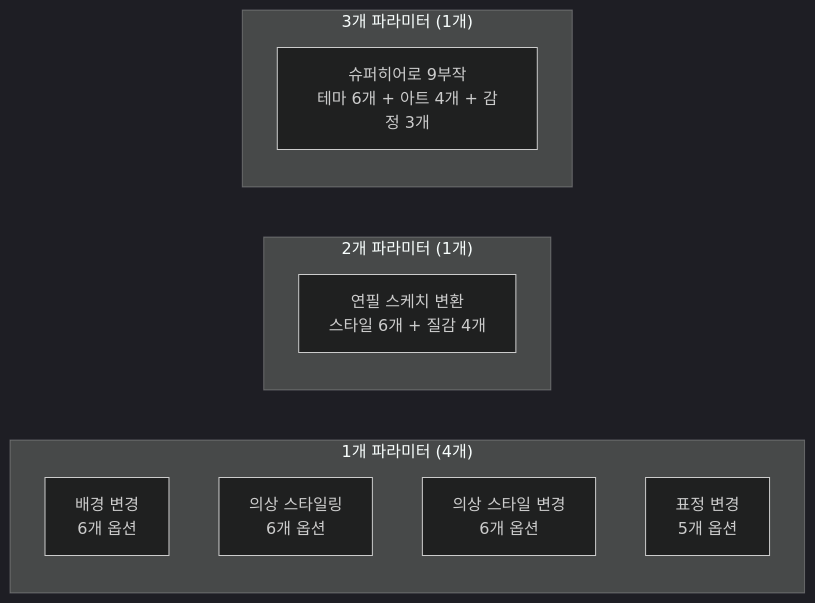
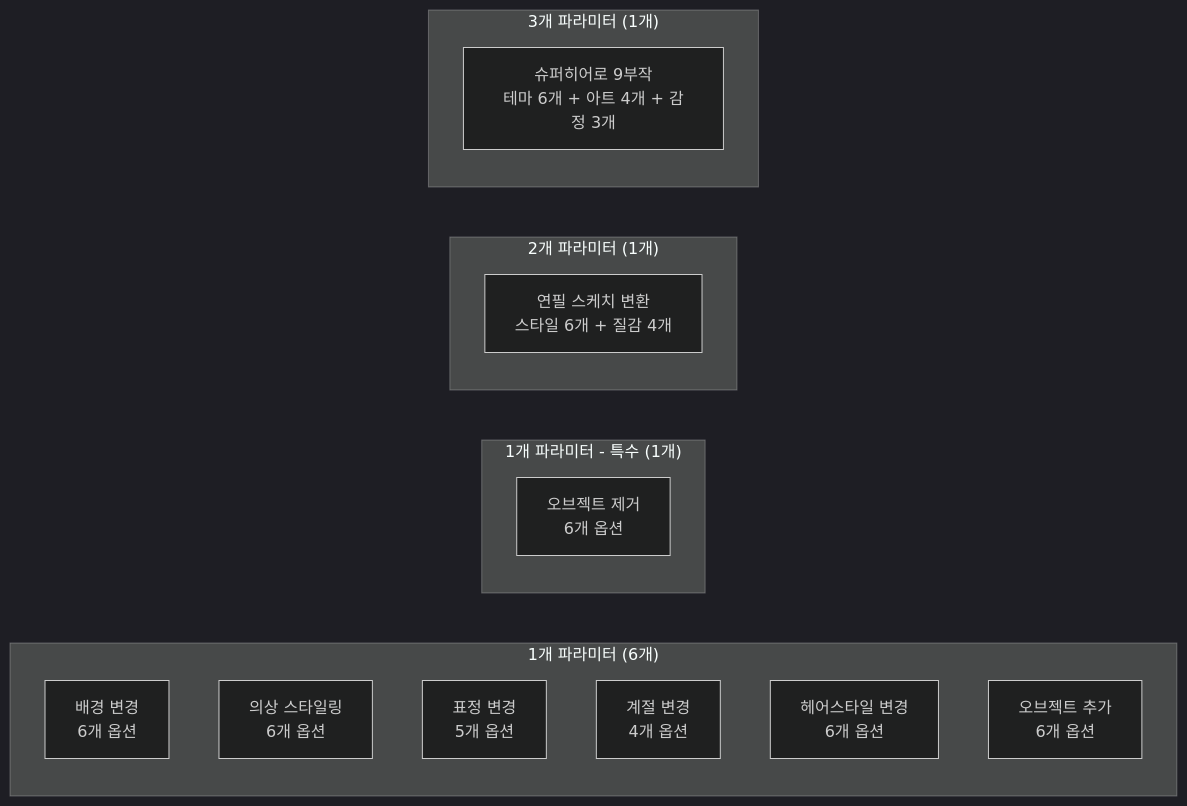
Before and after one commit to eardori/telegram-ai-bot: the sixth of 9 diagrams in docs/PROMPT_FLOW_DIAGRAM.md, drawn with Mermaid (dark theme). The commit also changed other lines of this file, not shown here.

First line of the commit message:
Update prompt flow documentation with current system state

````diff
--- a/docs/PROMPT_FLOW_DIAGRAM.md
+++ b/docs/PROMPT_FLOW_DIAGRAM.md
@@ -173,17 +173,23 @@
 ```mermaid
 flowchart LR
-    subgraph "1개 파라미터 (4개)"
+    subgraph "1개 파라미터 (6개)"
         A1[배경 변경<br/>6개 옵션]
         A2[의상 스타일링<br/>6개 옵션]
-        A3[의상 스타일 변경<br/>6개 옵션]
-        A4[표정 변경<br/>5개 옵션]
+        A3[표정 변경<br/>5개 옵션]
+        A4[계절 변경<br/>4개 옵션]
+        A5[헤어스타일 변경<br/>6개 옵션]
+        A6[오브젝트 추가<br/>6개 옵션]
+    end
+
+    subgraph "1개 파라미터 - 특수 (1개)"
+        A7[오브젝트 제거<br/>6개 옵션]
     end
 
     subgraph "2개 파라미터 (1개)"
         B1[연필 스케치 변환<br/>스타일 6개 + 질감 4개]
     end
 
     subgraph "3개 파라미터 (1개)"
         C1[슈퍼히어로 9부작<br/>테마 6개 + 아트 4개 + 감정 3개]
     end
 ```
````
